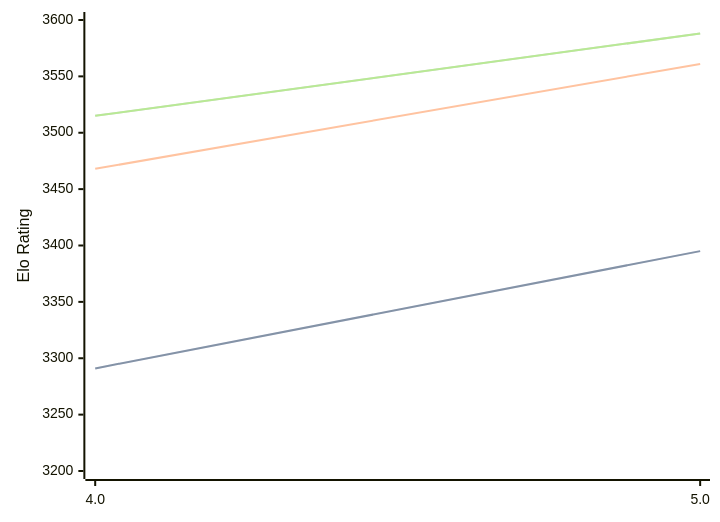
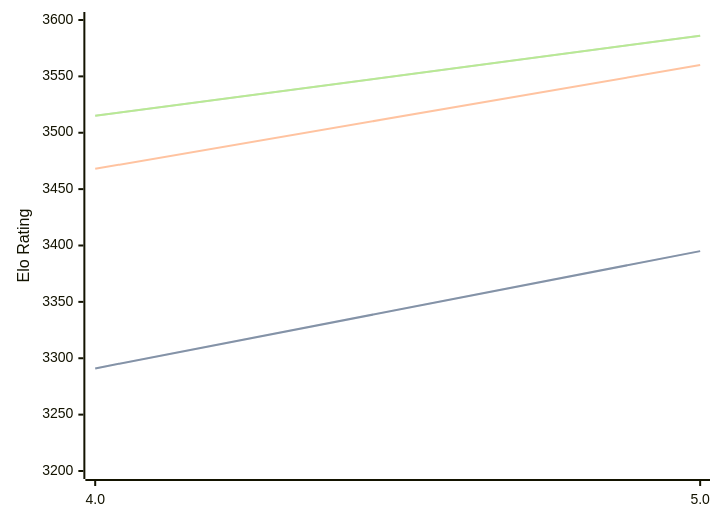
One commit to computer-chess-index/cci changed the diagram in engines/Tarnished.md. Above: the diagram before and after it, drawn with Mermaid. The commit also changed other lines of this file, not shown here.

Commit message:
Update CCI Ratings (ELO VLTC) - 2026-03-11

````diff
--- a/engines/Tarnished.md
+++ b/engines/Tarnished.md
@@ -34,11 +34,11 @@
 ```mermaid
 %%{init: {"theme":"base","themeVariables":{"seriesColors:['#a3a3a3','#222221','#faa371']}}}%%
 xychart-beta
   x-axis ["4.0", "5.0"]
   y-axis "Elo Rating" 3200 --> 3600
   line "STC (8.0+0.08s)" [3291, 3395]
   line "STC (8.0+0.08s)" [3291, 3395]
-  line "LTC (60.0+0.60s)" [3468, 3561]
-  line "VLTC (2m24s+1.12s)" [3515, 3588]
-  line "VLTC (2m24s+1.12s)" [3515, 3588]
+  line "LTC (60.0+0.60s)" [3468, 3560]
+  line "VLTC (2m24s+1.12s)" [3515, 3586]
+  line "VLTC (2m24s+1.12s)" [3515, 3586]
 ```
````
